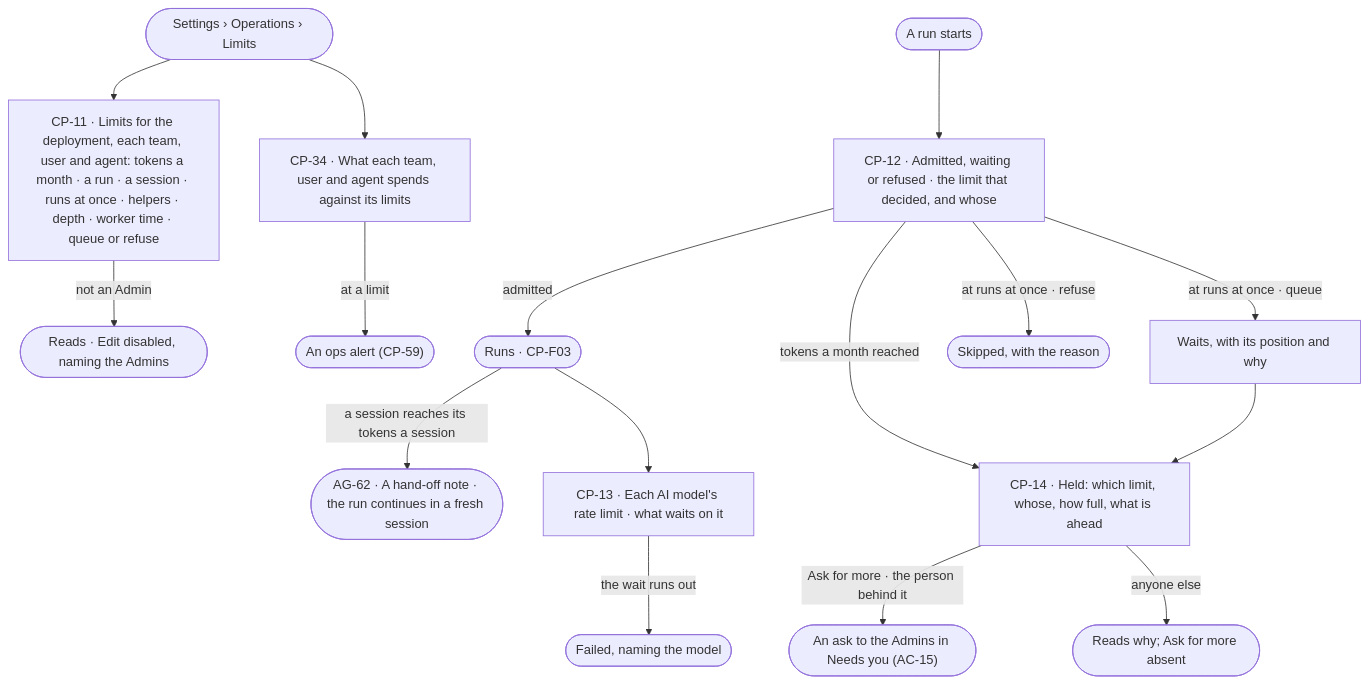
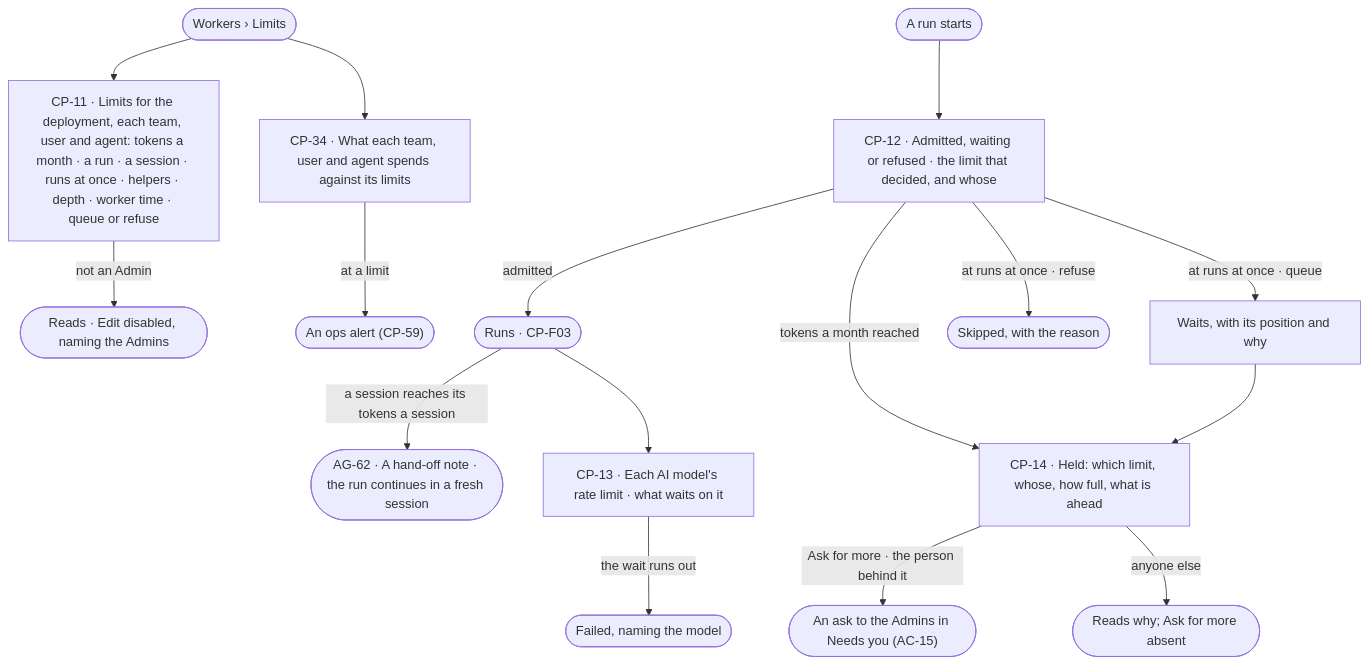
One commit to invana/invana changed the diagram in specs/os/control/features/CP-F04-limits/feature.md. Above: the diagram before and after it, drawn with Mermaid. The commit also changed 133 other files, not shown here.

````diff
--- a/specs/os/control/features/CP-F04-limits/feature.md
+++ b/specs/os/control/features/CP-F04-limits/feature.md
@@ -27,18 +27,18 @@
 ```mermaid
 flowchart TD
-  s([Settings › Operations › Limits]) --> lim["CP-11 · Limits for the deployment, each team, user and agent: tokens a month · a run · a session · runs at once · helpers · depth · worker time · queue or refuse"]
+  s([Workers › Limits]) --> lim["CP-11 · Limits for the deployment, each team, user and agent: tokens a month · a run · a session · runs at once · helpers · depth · worker time · queue or refuse"]
   lim -->|not an Admin| ro(["Reads · Edit disabled, naming the Admins"])
   s --> use["CP-34 · What each team, user and agent spends against its limits"]
   use -->|at a limit| al(["An ops alert (CP-59)"])
   start([A run starts]) --> adm["CP-12 · Admitted, waiting or refused · the limit that decided, and whose"]
   adm -->|admitted| go(["Runs · CP-F03"])
   go -->|a session reaches its tokens a session| cont(["AG-62 · A hand-off note · the run continues in a fresh session"])
   adm -->|at runs at once · queue| w["Waits, with its position and why"]
   adm -->|at runs at once · refuse| no(["Skipped, with the reason"])
   adm -->|tokens a month reached| held["CP-14 · Held: which limit, whose, how full, what is ahead"]
   go --> ai["CP-13 · Each AI model's rate limit · what waits on it"]
   ai -->|the wait runs out| f(["Failed, naming the model"])
   w --> held
   held -->|Ask for more · the person behind it| ask(["An ask to the Admins in Needs you (AC-15)"])
   held -->|anyone else| why(["Reads why; Ask for more absent"])
 ```
````
